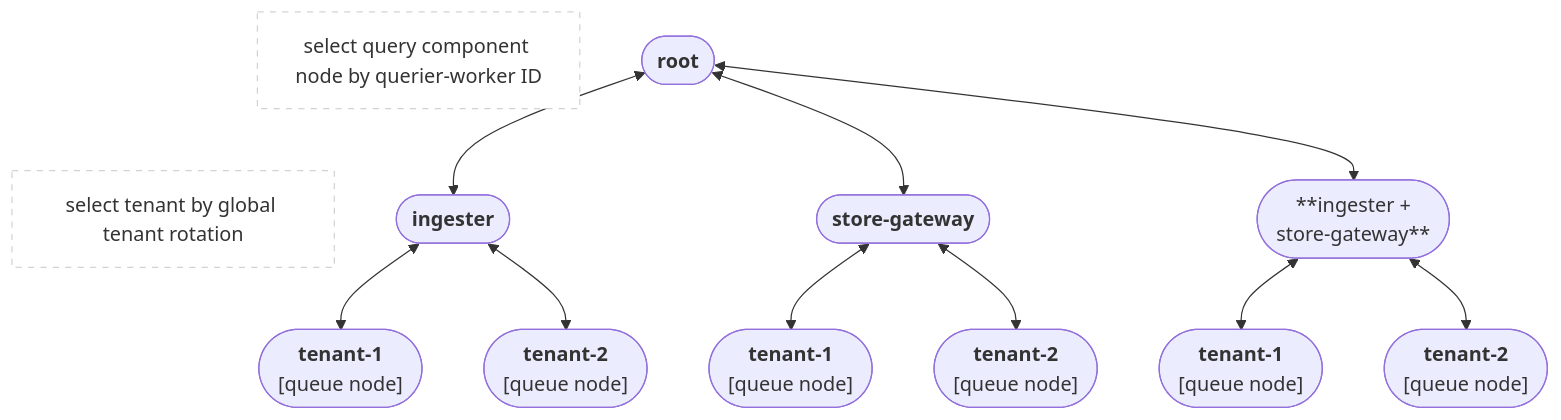
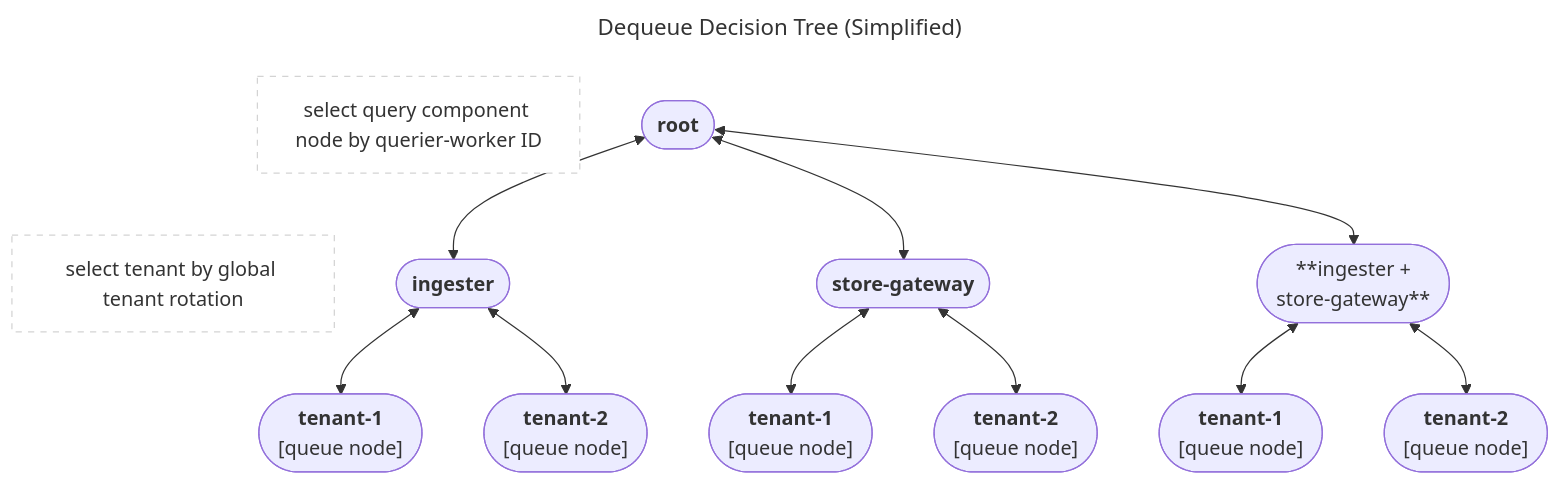
Before and after one commit to grafana/mimir: the first of 4 diagrams in pkg/scheduler/DESIGN.md, drawn with Mermaid. The commit also changed other lines of this file, not shown here.

````diff
--- a/pkg/scheduler/DESIGN.md
+++ b/pkg/scheduler/DESIGN.md
@@ -30,74 +27,75 @@
 ```mermaid
 ---
+title: Dequeue Decision Tree (Simplified)
 config:
   theme: default
 ---
 
 %%{init: {"flowchart": {"htmlLabels": false}} }%%
 
 graph TB
     queryComponentAlgo["`
        select query component node by querier-worker ID
     `"]
     style queryComponentAlgo fill:white,stroke:lightgray,stroke-dasharray:5
 
 
     root(["`**root**
 
     `"])
 
     root~~~tenandShardAlgo["
         select tenant by global tenant rotation
     "]
 
     style tenandShardAlgo fill:white,stroke:lightgray,stroke-dasharray:5
 
     ingester(["`**ingester**`"])
     storeGateway(["`**store-gateway**`"])
 
     both(["`**ingester +
 
     store-gateway**`"])
 
     root<-->ingester
     root<-->storeGateway
     root<-->both
 
     ingester-tenant1(["`**tenant-1**
 
     [queue node]
     `"])
     ingester-tenant2(["`**tenant-2**
 
     [queue node]
     `"])
 
     storeGateway-tenant1(["`**tenant-1**
 
     [queue node]
     `"])
     storeGateway-tenant2(["`**tenant-2**
 
     [queue node]
     `"])
 
     both-tenant1(["`**tenant-1**
 
     [queue node]
     `"])
     both-tenant2(["`**tenant-2**
 
     [queue node]
     `"])
 
     ingester<-->ingester-tenant1
     ingester<-->ingester-tenant2
 
 
     storeGateway<-->storeGateway-tenant1
     storeGateway<-->storeGateway-tenant2
 
     both<-->both-tenant1
     both<-->both-tenant2
 
 ```
````
